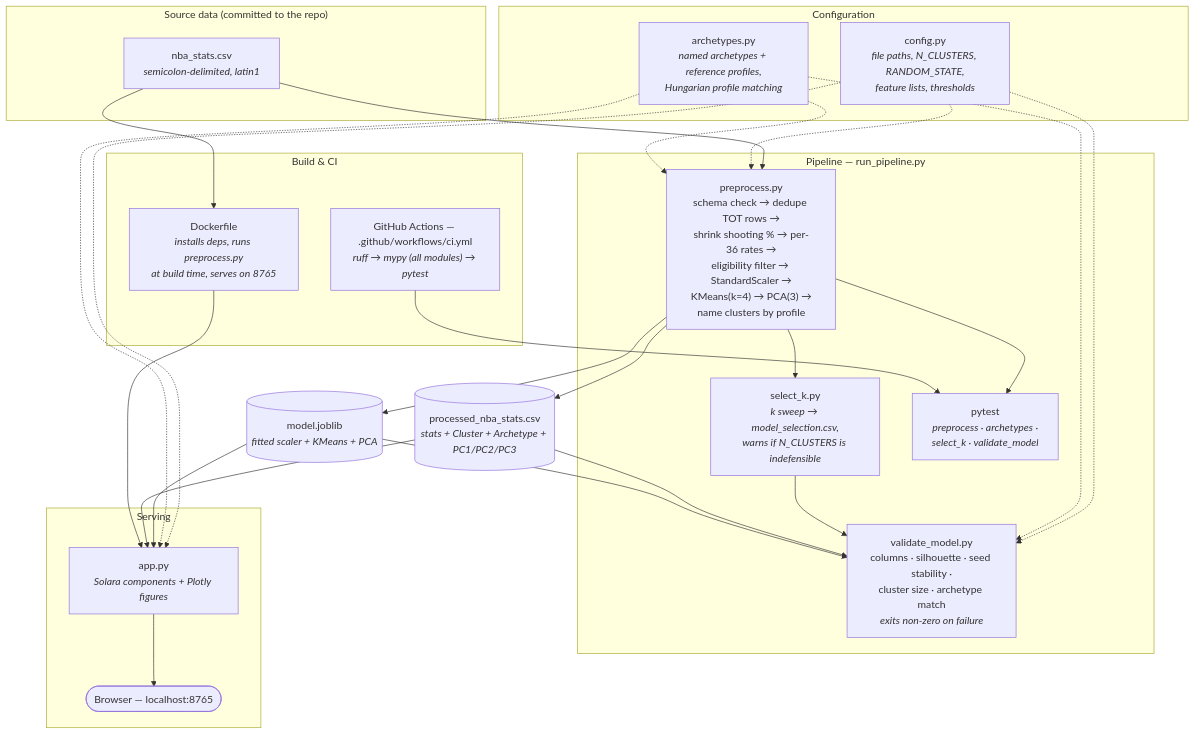
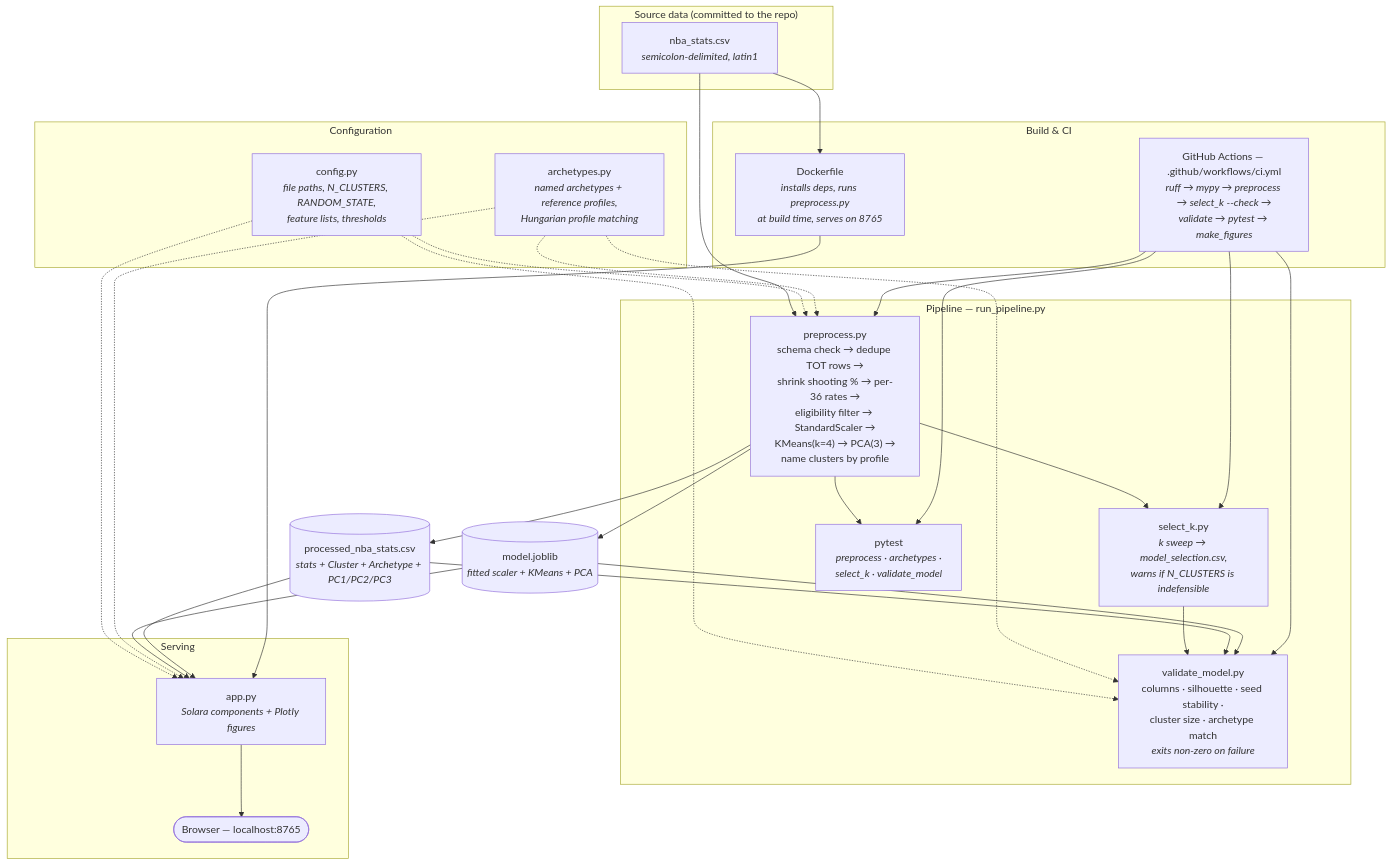
One commit to thompgt/nba-player-clustering changed the diagram in README.md. Above: the diagram before and after it, drawn with Mermaid. The commit also changed other lines of this file and 2 other files, not shown here.

Commit message:
Run the pipeline and the gates in CI, not just the tests (#19)
CI ran ruff, mypy and pytest but never executed preprocess.py,
select_k.py or validate_model.py, so every quality gate in the repo was
decorative -- a clustering could regress or degenerate and nothing would
notice until someone ran the pipeline by hand.

CI now builds the model, checks the shipped k is still defensible
(select_k.py --check), runs the validator, runs the tests, and
regenerates the figures so the documented regeneration path is exercised
too. Pip caching added while touching the workflow.

Also regenerates model_selection.png, which still showed the old 0.1
silhouette threshold line.

````diff
--- a/README.md
+++ b/README.md
@@ -29,52 +29,55 @@
 ```mermaid
 flowchart TD
     subgraph src["Source data (committed to the repo)"]
         RAW["nba_stats.csv<br/><i>semicolon-delimited, latin1</i>"]
     end
 
     subgraph cfg["Configuration"]
         CONFIG["config.py<br/><i>file paths, N_CLUSTERS, RANDOM_STATE,<br/>feature lists, thresholds</i>"]
         ARCH["archetypes.py<br/><i>named archetypes + reference profiles,<br/>Hungarian profile matching</i>"]
     end
 
     subgraph pipe["Pipeline — run_pipeline.py"]
         PRE["preprocess.py<br/>schema check → dedupe TOT rows →<br/>shrink shooting % → per-36 rates →<br/>eligibility filter → StandardScaler →<br/>KMeans(k=4) → PCA(3) →<br/>name clusters by profile"]
         SEL["select_k.py<br/><i>k sweep → model_selection.csv,<br/>warns if N_CLUSTERS is indefensible</i>"]
         VAL["validate_model.py<br/>columns · silhouette · seed stability ·<br/>cluster size · archetype match<br/><i>exits non-zero on failure</i>"]
         TEST["pytest<br/><i>preprocess · archetypes ·<br/>select_k · validate_model</i>"]
     end
 
     PROC[("processed_nba_stats.csv<br/><i>stats + Cluster + Archetype + PC1/PC2/PC3</i>")]
     MODEL[("model.joblib<br/><i>fitted scaler + KMeans + PCA</i>")]
 
     subgraph serve["Serving"]
         APP["app.py<br/><i>Solara components + Plotly figures</i>"]
         BROWSER(["Browser — localhost:8765"])
     end
 
     subgraph ops["Build & CI"]
         DOCKER["Dockerfile<br/><i>installs deps, runs preprocess.py<br/>at build time, serves on 8765</i>"]
-        CI["GitHub Actions — .github/workflows/ci.yml<br/><i>ruff → mypy (all modules) → pytest</i>"]
+        CI["GitHub Actions — .github/workflows/ci.yml<br/><i>ruff → mypy → preprocess → select_k --check →<br/>validate → pytest → make_figures</i>"]
     end
 
     RAW --> PRE
     CONFIG -.-> PRE
     CONFIG -.-> VAL
     CONFIG -.-> APP
     ARCH -.-> PRE
     ARCH -.-> VAL
     ARCH -.-> APP
     PRE --> PROC
     PRE --> MODEL
     PRE --> SEL
     SEL --> VAL
     PROC --> VAL
     MODEL --> VAL
     MODEL --> APP
     PRE --> TEST
     PROC --> APP
     APP --> BROWSER
     RAW --> DOCKER
     DOCKER --> APP
+    CI --> PRE
+    CI --> SEL
+    CI --> VAL
     CI --> TEST
 ```
````
